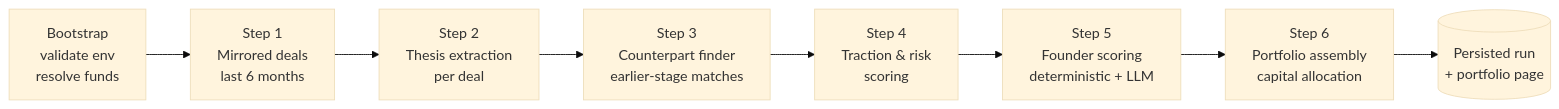
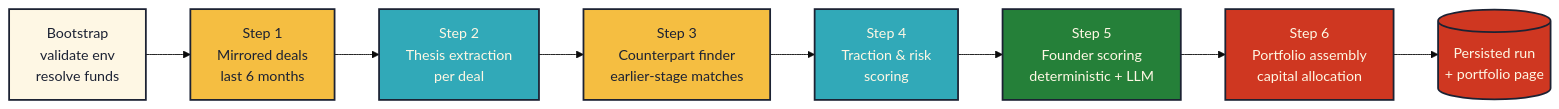
Before and after one commit to Saksham-Gupta-off/contextcon-context-pookies-main: the diagram in README.md, drawn with Mermaid (base theme). The commit also changed other lines of this file, not shown here.

````diff
--- a/README.md
+++ b/README.md
@@ -88,10 +151,22 @@
 ```mermaid
 flowchart LR
     A[Bootstrap<br/>validate env<br/>resolve funds] --> B[Step 1<br/>Mirrored deals<br/>last 6 months]
     B --> C[Step 2<br/>Thesis extraction<br/>per deal]
     C --> D[Step 3<br/>Counterpart finder<br/>earlier-stage matches]
     D --> E[Step 4<br/>Traction & risk<br/>scoring]
     E --> F[Step 5<br/>Founder scoring<br/>deterministic + LLM]
     F --> G[Step 6<br/>Portfolio assembly<br/>capital allocation]
     G --> H[(Persisted run<br/>+ portfolio page)]
+
+    classDef boot fill:#FEF7E4,stroke:#1C2233,stroke-width:2px,color:#1C2233
+    classDef crust fill:#F5BE41,stroke:#1C2233,stroke-width:2px,color:#1C2233
+    classDef llm fill:#31A9B8,stroke:#1C2233,stroke-width:2px,color:#FEF7E4
+    classDef mix fill:#258039,stroke:#1C2233,stroke-width:2px,color:#FEF7E4
+    classDef final fill:#CF3721,stroke:#1C2233,stroke-width:2px,color:#FEF7E4
+
+    class A boot
+    class B,D crust
+    class C,E llm
+    class F mix
+    class G,H final
 ```
````
